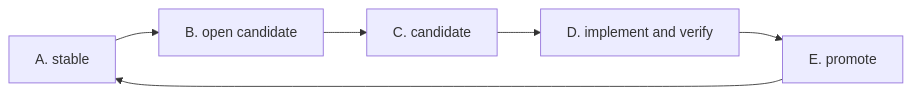
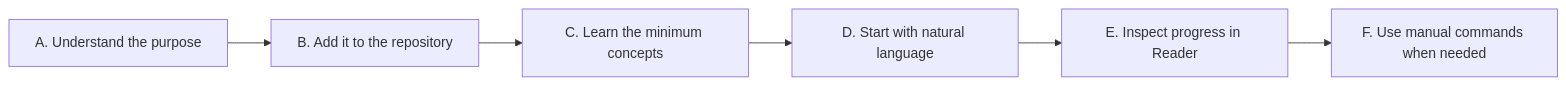
The first of 4 diagrams in README.md (mfblog/specflow), drawn with Mermaid before and after one commit. The commit also changed other lines of this file and 1 other file, not shown here.

````diff
--- a/README.md
+++ b/README.md
@@ -346,8 +77,8 @@
 ```mermaid
 flowchart LR
-    A["A. stable"] --> B["B. open candidate"]
-    B --> C["C. candidate"]
-    C --> D["D. implement and verify"]
-    D --> E["E. promote"]
-    E --> A
+    A["A. Understand the purpose"] --> B["B. Add it to the repository"]
+    B --> C["C. Learn the minimum concepts"]
+    C --> D["D. Start with natural language"]
+    D --> E["E. Inspect progress in Reader"]
+    E --> F["F. Use manual commands when needed"]
 ```
````
